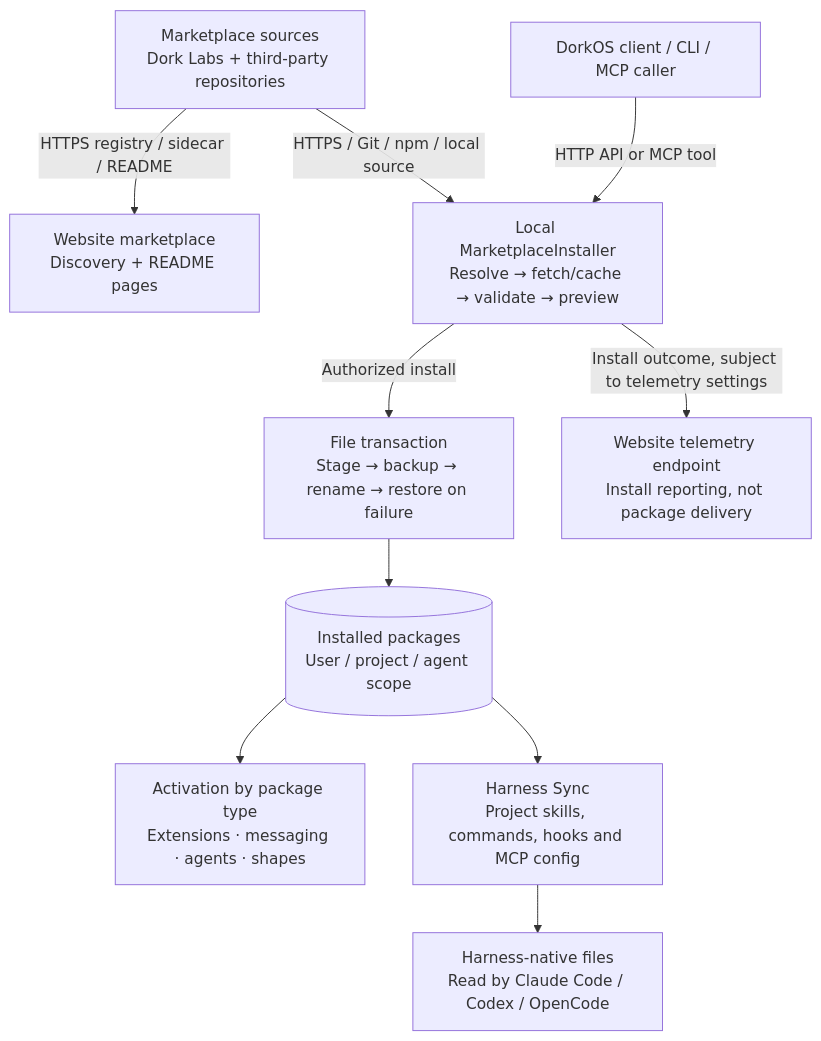
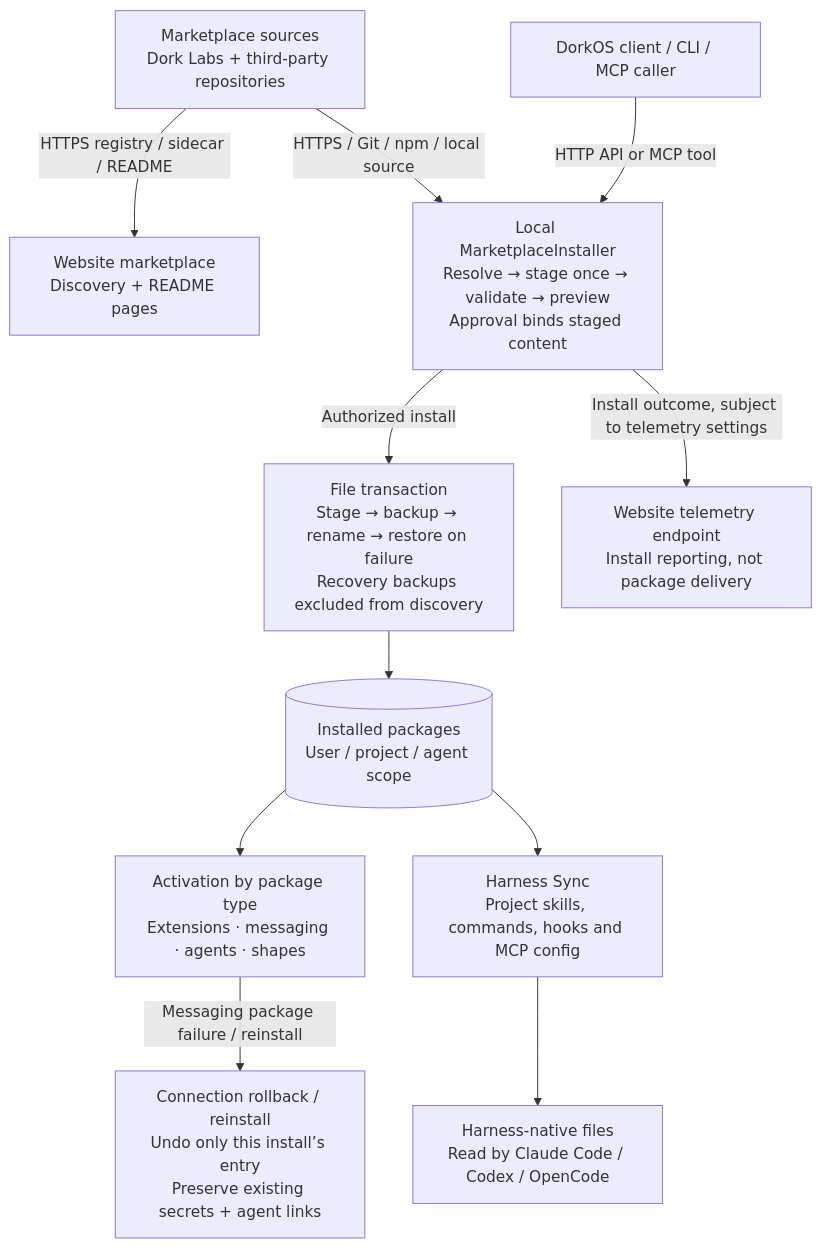
One commit to dork-labs/dorkos changed the diagram in contributing/diagrams/architecture/marketplace.mmd. Above: the diagram before and after it, drawn with Mermaid. The commit also changed 16 other files, not shown here.

Commit message:
docs(architecture): reconcile October projects, Spaces and recovery boundaries

```diff
--- a/contributing/diagrams/architecture/marketplace.mmd
+++ b/contributing/diagrams/architecture/marketplace.mmd
@@ -1,22 +1,24 @@
 flowchart TB
   accTitle: Marketplace discovery, installation, and activation
   accDescr: Source registries and repositories supply packages. The website browses them. Local installation validates and previews changes, performs a file transaction, then activates code or projects agent assets through Harness Sync.
   repo["Marketplace sources<br/>Dork Labs + third-party repositories"]
   site["Website marketplace<br/>Discovery + README pages"]
   user["DorkOS client / CLI / MCP caller"]
-  installer["Local MarketplaceInstaller<br/>Resolve → fetch/cache → validate → preview"]
-  txn["File transaction<br/>Stage → backup → rename → restore on failure"]
+  installer["Local MarketplaceInstaller<br/>Resolve → stage once → validate → preview<br/>Approval binds staged content"]
+  txn["File transaction<br/>Stage → backup → rename → restore on failure<br/>Recovery backups excluded from discovery"]
   disk[("Installed packages<br/>User / project / agent scope")]
   activate["Activation by package type<br/>Extensions · messaging · agents · shapes"]
   harness["Harness Sync<br/>Project skills, commands, hooks and MCP config"]
   runtime["Harness-native files<br/>Read by Claude Code / Codex / OpenCode"]
   telemetry["Website telemetry endpoint<br/>Install reporting, not package delivery"]
   repo -->|"HTTPS registry / sidecar / README"| site
   repo -->|"HTTPS / Git / npm / local source"| installer
   user -->|"HTTP API or MCP tool"| installer
   installer -->|"Authorized install"| txn
   txn --> disk
   disk --> activate
+  restore["Connection rollback / reinstall<br/>Undo only this install’s entry<br/>Preserve existing secrets + agent links"]
+  activate -->|"Messaging package failure / reinstall"| restore
   disk --> harness
   harness --> runtime
   installer -->|"Install outcome, subject to telemetry settings"| telemetry
```
